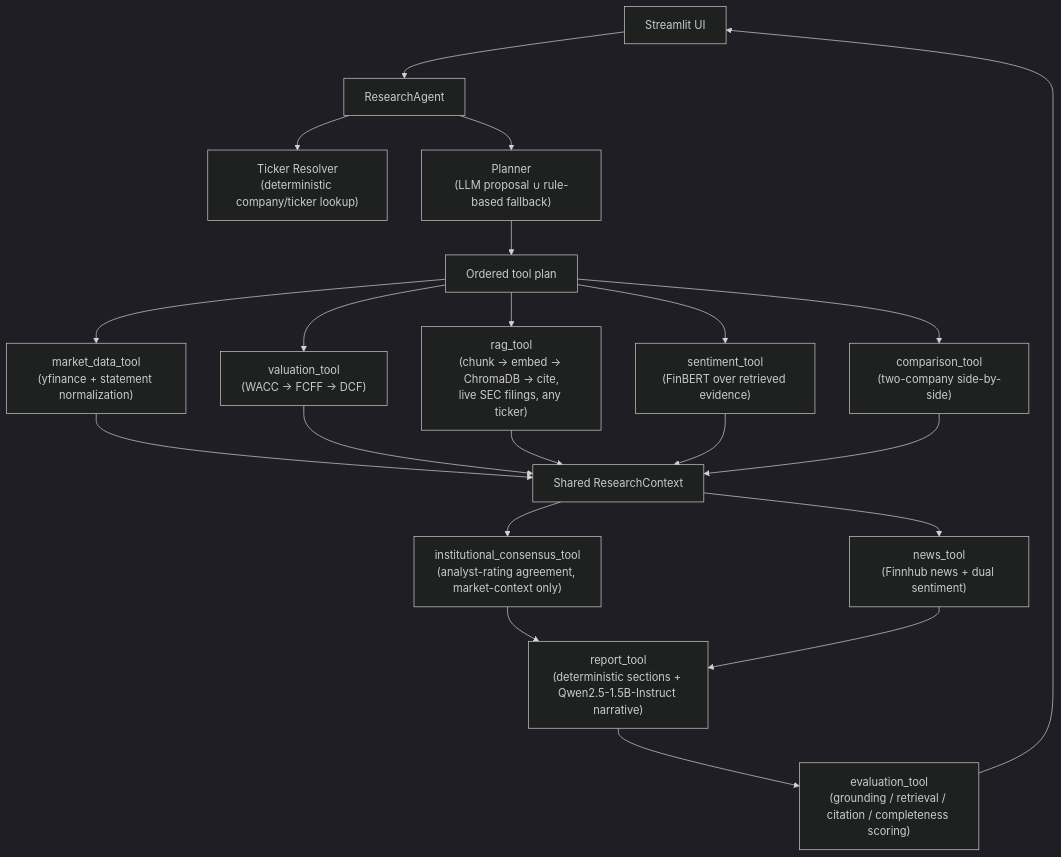
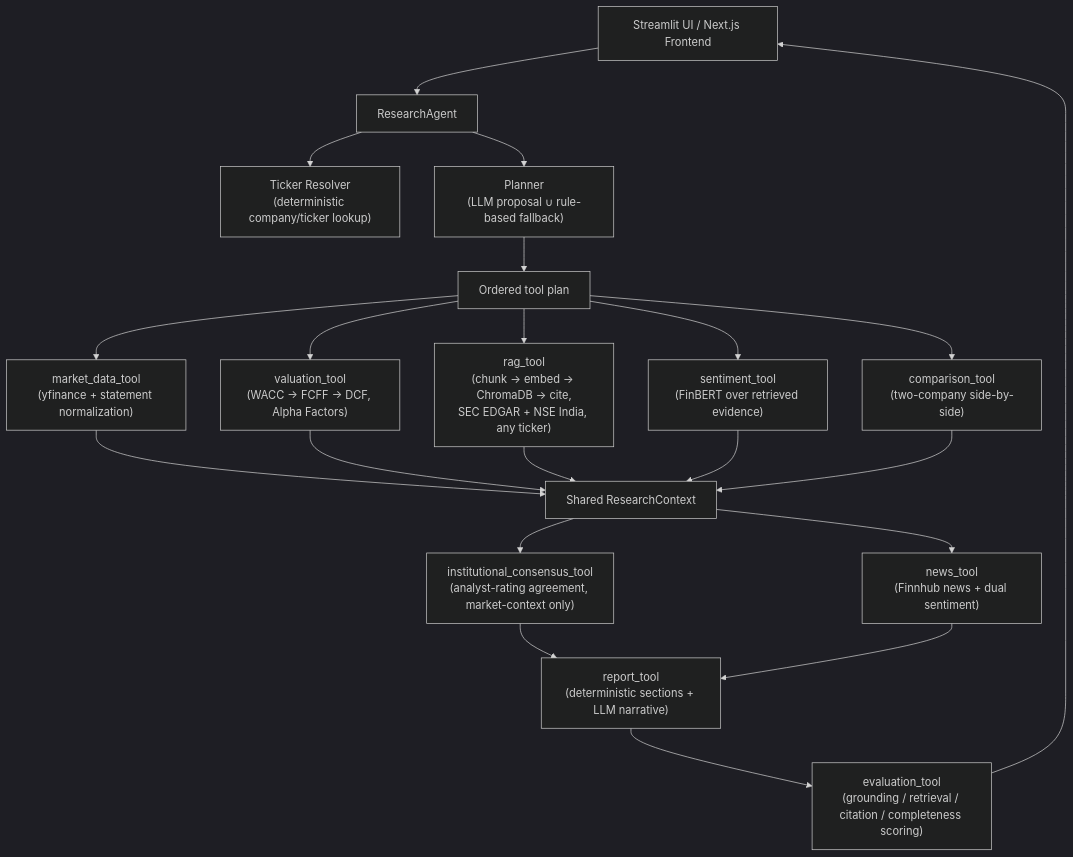
One commit to shivaumsharma/FinSight-AI changed the diagram in README.md. Above: the diagram before and after it, drawn with Mermaid (dark theme). The commit also changed other lines of this file, not shown here.

````diff
--- a/README.md
+++ b/README.md
@@ -36,26 +64,26 @@
 ```mermaid
 flowchart TD
-    UI["Streamlit UI"] --> Agent["ResearchAgent"]
+    UI["Streamlit UI / Next.js Frontend"] --> Agent["ResearchAgent"]
     Agent --> Resolver["Ticker Resolver\n(deterministic company/ticker lookup)"]
     Agent --> Planner["Planner\n(LLM proposal ∪ rule-based fallback)"]
     Planner --> Plan["Ordered tool plan"]
 
     Plan --> MarketTool["market_data_tool\n(yfinance + statement normalization)"]
-    Plan --> ValuationTool["valuation_tool\n(WACC → FCFF → DCF)"]
-    Plan --> RAGTool["rag_tool\n(chunk → embed → ChromaDB → cite,\nlive SEC filings, any ticker)"]
+    Plan --> ValuationTool["valuation_tool\n(WACC → FCFF → DCF, Alpha Factors)"]
+    Plan --> RAGTool["rag_tool\n(chunk → embed → ChromaDB → cite,\nSEC EDGAR + NSE India, any ticker)"]
     Plan --> SentimentTool["sentiment_tool\n(FinBERT over retrieved evidence)"]
     Plan --> ComparisonTool["comparison_tool\n(two-company side-by-side)"]
 
     MarketTool --> Context["Shared ResearchContext"]
     ValuationTool --> Context
     RAGTool --> Context
     SentimentTool --> Context
     ComparisonTool --> Context
 
     Context --> ConsensusTool["institutional_consensus_tool\n(analyst-rating agreement, market-context only)"]
     Context --> NewsTool["news_tool\n(Finnhub news + dual sentiment)"]
-    ConsensusTool --> ReportTool["report_tool\n(deterministic sections + Qwen2.5-1.5B-Instruct narrative)"]
+    ConsensusTool --> ReportTool["report_tool\n(deterministic sections + LLM narrative)"]
     NewsTool --> ReportTool
     ReportTool --> EvalTool["evaluation_tool\n(grounding / retrieval / citation / completeness scoring)"]
     EvalTool --> UI
 ```
````
